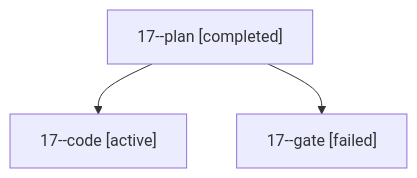
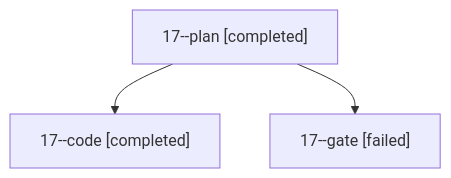
Before and after one commit to bobs-org/bob-cli--agents: the diagram in sessions/bbugyi200.kellys_mbp.17.md, drawn with Mermaid. The commit also changed other lines of this file and 25 other files, not shown here.

````diff
--- a/sessions/bbugyi200.kellys_mbp.17.md
+++ b/sessions/bbugyi200.kellys_mbp.17.md
@@ -9,8 +9,8 @@
 ```mermaid
 flowchart TD
   n0["17--plan [completed]"]
-  n1["17--code [active]"]
+  n1["17--code [completed]"]
   n0 --> n1
   n2["17--gate [failed]"]
   n0 --> n2
 ```
````
